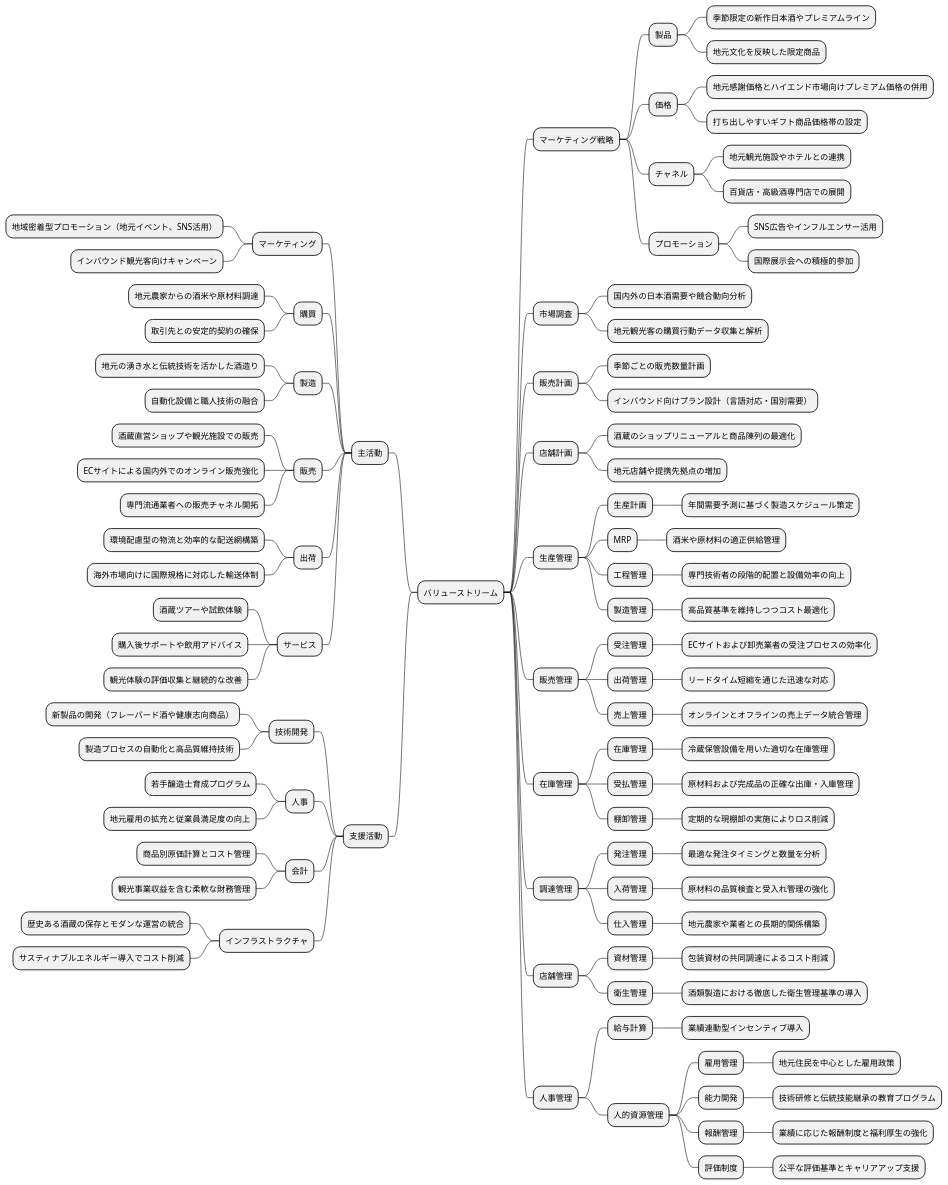
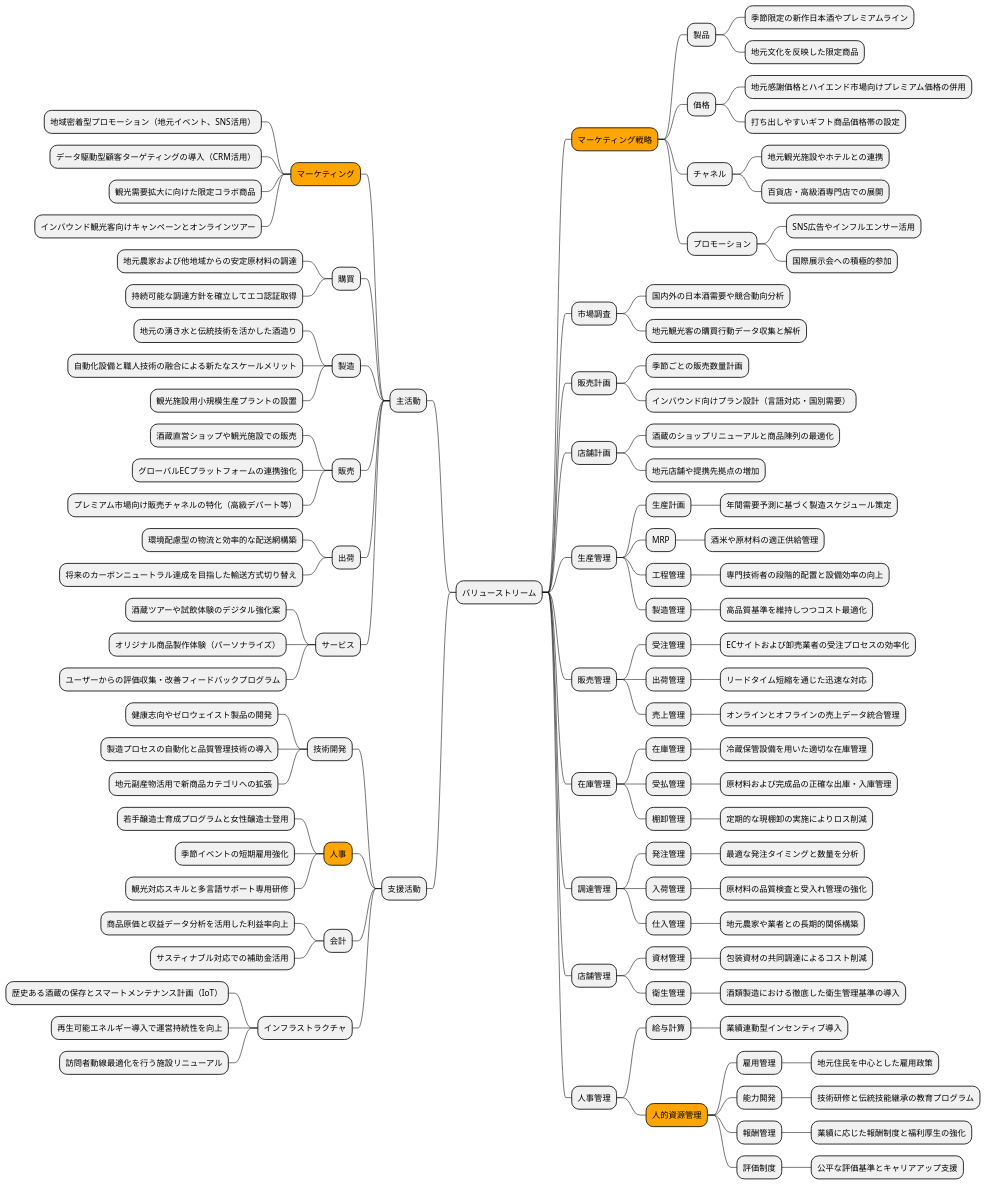
Before and after one commit to k2works/case-study-business-analysis: diagram 12 of 19 in docs/case/r02_case_1.adoc, drawn with PlantUML. The commit also changed other lines of this file, not shown here.

```diff
--- a/docs/case/r02_case_1.adoc
+++ b/docs/case/r02_case_1.adoc
@@ -594,41 +546,47 @@
 * バリューストリーム
 left side
 ** 主活動
-*** マーケティング
+***[#orange] マーケティング
 **** 地域密着型プロモーション（地元イベント、SNS活用）
-**** インバウンド観光客向けキャンペーン
+**** データ駆動型顧客ターゲティングの導入（CRM活用）
+**** 観光需要拡大に向けた限定コラボ商品
+**** インバウンド観光客向けキャンペーンとオンラインツアー
 *** 購買
-**** 地元農家からの酒米や原材料調達
-**** 取引先との安定的契約の確保
+**** 地元農家および他地域からの安定原材料の調達
+**** 持続可能な調達方針を確立してエコ認証取得
 *** 製造
 **** 地元の湧き水と伝統技術を活かした酒造り
-**** 自動化設備と職人技術の融合
+**** 自動化設備と職人技術の融合による新たなスケールメリット
+**** 観光施設用小規模生産プラントの設置
 *** 販売
 **** 酒蔵直営ショップや観光施設での販売
-**** ECサイトによる国内外でのオンライン販売強化
-**** 専門流通業者への販売チャネル開拓
+**** グローバルECプラットフォームの連携強化
+**** プレミアム市場向け販売チャネルの特化（高級デパート等）
 *** 出荷
 **** 環境配慮型の物流と効率的な配送網構築
-**** 海外市場向けに国際規格に対応した輸送体制
+**** 将来のカーボンニュートラル達成を目指した輸送方式切り替え
 *** サービス
-**** 酒蔵ツアーや試飲体験
-**** 購入後サポートや飲用アドバイス
-**** 観光体験の評価収集と継続的な改善
+**** 酒蔵ツアーや試飲体験のデジタル強化案
+**** オリジナル商品製作体験（パーソナライズ）
+**** ユーザーからの評価収集・改善フィードバックプログラム
 ** 支援活動
 *** 技術開発
-**** 新製品の開発（フレーバード酒や健康志向商品）
-**** 製造プロセスの自動化と高品質維持技術
-*** 人事
-**** 若手醸造士育成プログラム
-**** 地元雇用の拡充と従業員満足度の向上
+**** 健康志向やゼロウェイスト製品の開発
+**** 製造プロセスの自動化と品質管理技術の導入
+**** 地元副産物活用で新商品カテゴリへの拡張
+***[#orange] 人事
+**** 若手醸造士育成プログラムと女性醸造士登用
+**** 季節イベントの短期雇用強化
+**** 観光対応スキルと多言語サポート専用研修
 *** 会計
-**** 商品別原価計算とコスト管理
-**** 観光事業収益を含む柔軟な財務管理
+**** 商品原価と収益データ分析を活用した利益率向上
+**** サスティナブル対応での補助金活用
 *** インフラストラクチャ
-**** 歴史ある酒蔵の保存とモダンな運営の統合
-**** サスティナブルエネルギー導入でコスト削減
+**** 歴史ある酒蔵の保存とスマートメンテナンス計画（IoT）
+**** 再生可能エネルギー導入で運営持続性を向上
+**** 訪問者動線最適化を行う施設リニューアル
 right side
-** マーケティング戦略
+**[#orange] マーケティング戦略
 *** 製品
 **** 季節限定の新作日本酒やプレミアムライン
 **** 地元文化を反映した限定商品
@@ -688,7 +646,7 @@
 ** 人事管理
 *** 給与計算
 **** 業績連動型インセンティブ導入
-*** 人的資源管理
+***[#orange] 人的資源管理
 **** 雇用管理
 ***** 地元住民を中心とした雇用政策
 **** 能力開発
```
